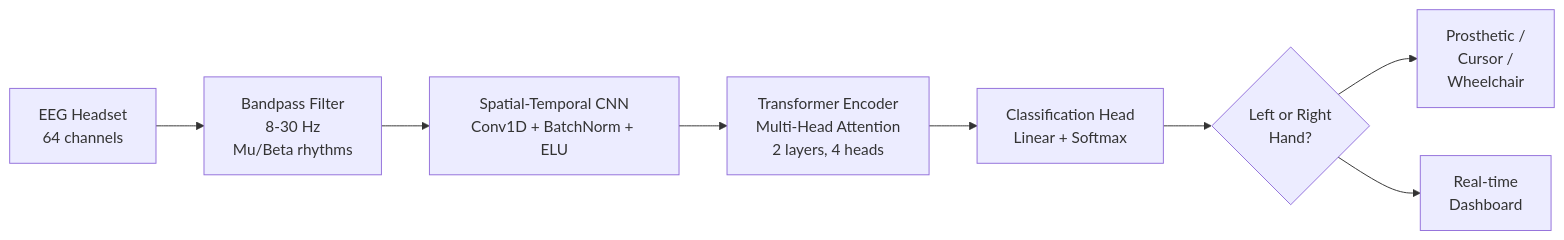
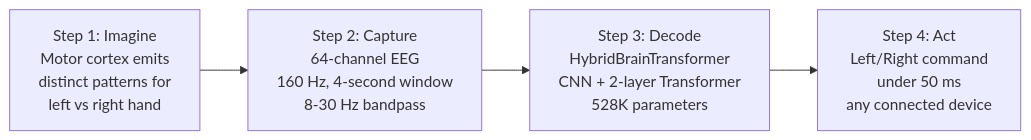
The diagram in README.md (LaySopanha/EEG-Motor-Imagery-Transformer-for-Hand-Movement), drawn with Mermaid before and after one commit. The commit also changed other lines of this file and 5 other files, not shown here.

````diff
--- a/README.md
+++ b/README.md
@@ -29,10 +51,6 @@
 ```mermaid
 flowchart LR
-    A[EEG Headset<br/>64 channels] --> B[Bandpass Filter<br/>8-30 Hz<br/>Mu/Beta rhythms]
-    B --> C[Spatial-Temporal CNN<br/>Conv1D + BatchNorm + ELU]
-    C --> D[Transformer Encoder<br/>Multi-Head Attention<br/>2 layers, 4 heads]
-    D --> E[Classification Head<br/>Linear + Softmax]
-    E --> F{Left or Right<br/>Hand?}
-    F --> G[Prosthetic /<br/>Cursor /<br/>Wheelchair]
-    F --> H[Real-time<br/>Dashboard]
+    A[Step 1: Imagine<br/>Motor cortex emits<br/>distinct patterns for<br/>left vs right hand] --> B[Step 2: Capture<br/>64-channel EEG<br/>160 Hz, 4-second window<br/>8-30 Hz bandpass]
+    B --> C[Step 3: Decode<br/>HybridBrainTransformer<br/>CNN + 2-layer Transformer<br/>528K parameters]
+    C --> D[Step 4: Act<br/>Left/Right command<br/>under 50 ms<br/>any connected device]
 ```
````
